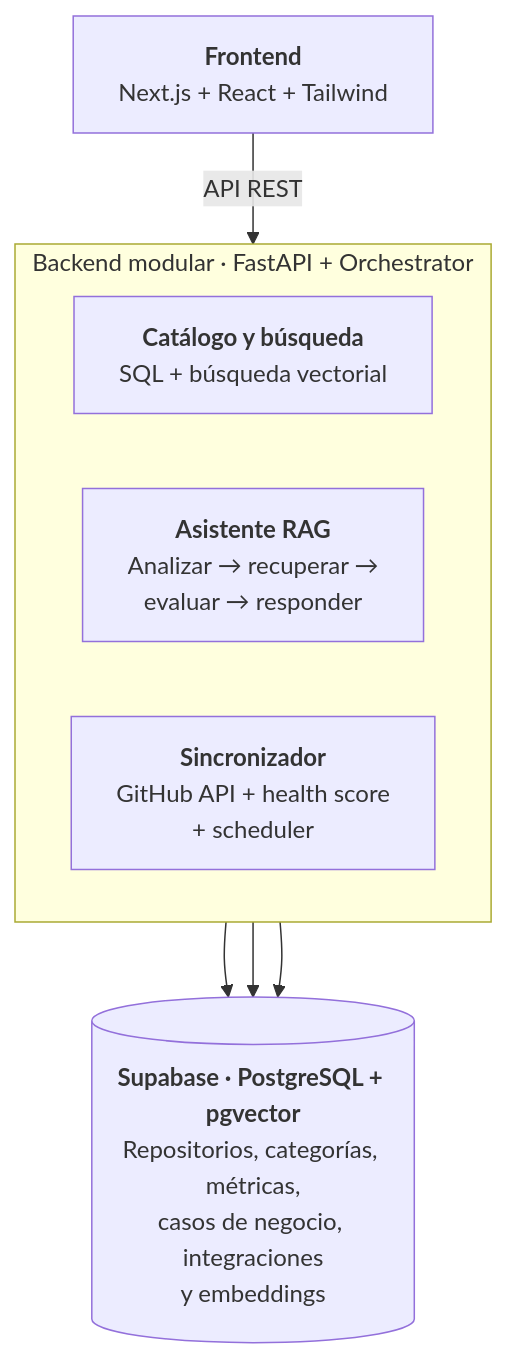
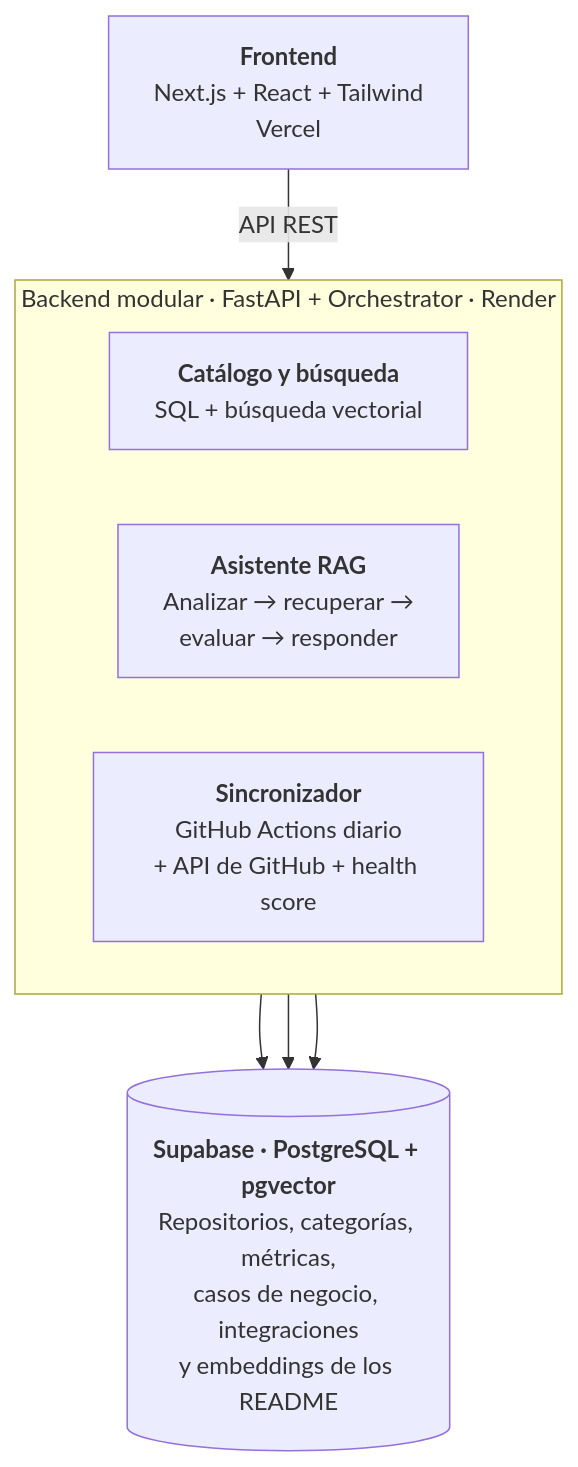
The first of 2 diagrams in docs/OpenBridge-Arquitectura.md (No-Country-simulation/S10-26-EQUIPO-19), drawn with Mermaid before and after one commit. The commit also changed other lines of this file and 3 other files, not shown here.

````diff
--- a/docs/OpenBridge-Arquitectura.md
+++ b/docs/OpenBridge-Arquitectura.md
@@ -16,18 +16,18 @@
 ```mermaid
 flowchart TD
-    FE["<b>Frontend</b><br/>Next.js + React + Tailwind"]
+    FE["<b>Frontend</b><br/>Next.js + React + Tailwind<br/>Vercel"]
 
-    subgraph BE["Backend modular · FastAPI + Orchestrator"]
+    subgraph BE["Backend modular · FastAPI + Orchestrator · Render"]
         direction LR
         CAT["<b>Catálogo y búsqueda</b><br/>SQL + búsqueda vectorial"]
         RAG["<b>Asistente RAG</b><br/>Analizar → recuperar →<br/>evaluar → responder"]
-        SYNC["<b>Sincronizador</b><br/>GitHub API + health score<br/>+ scheduler"]
+        SYNC["<b>Sincronizador</b><br/>GitHub Actions diario<br/>+ API de GitHub + health score"]
     end
 
-    DB[("<b>Supabase · PostgreSQL + pgvector</b><br/>Repositorios, categorías, métricas,<br/>casos de negocio, integraciones<br/>y embeddings")]
+    DB[("<b>Supabase · PostgreSQL + pgvector</b><br/>Repositorios, categorías, métricas,<br/>casos de negocio, integraciones<br/>y embeddings de los README")]
 
     FE -->|API REST| BE
     CAT --> DB
     RAG --> DB
     SYNC --> DB
 ```
````
